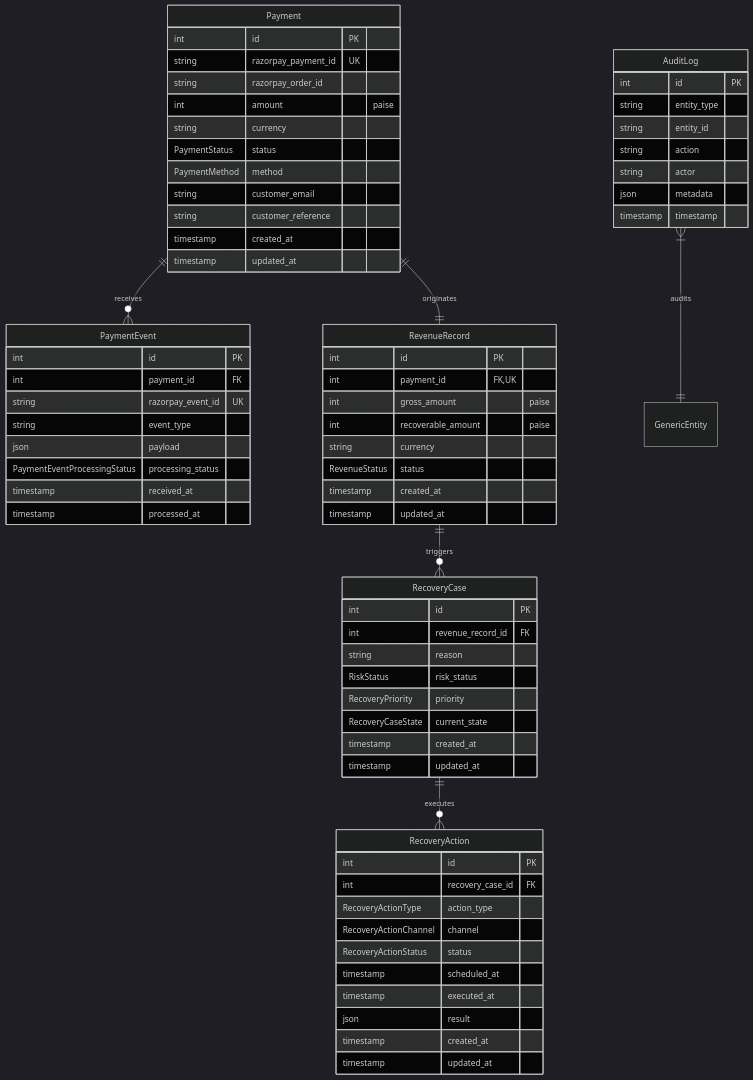
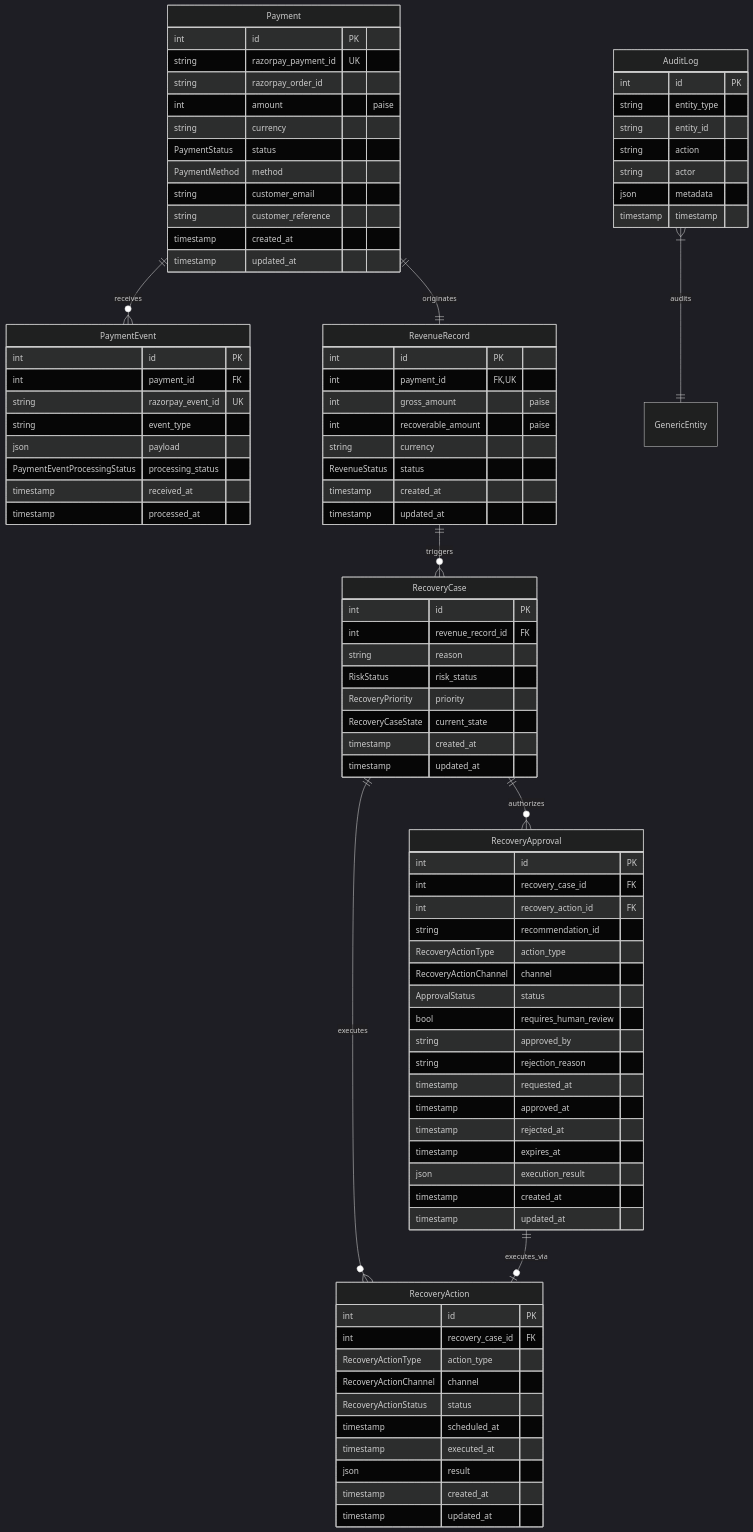
The third of 3 diagrams in docs/architecture.md (om-3531/recover-ai), drawn with Mermaid (dark theme) before and after one commit. The commit also changed other lines of this file and 21 other files, not shown here.

Commit message:
feat: implement Day 6 approval and execution workflow

```diff
--- a/docs/architecture.md
+++ b/docs/architecture.md
@@ -49,6 +53,8 @@
     Payment ||--|| RevenueRecord : "originates"
     RevenueRecord ||--o{ RecoveryCase : "triggers"
     RecoveryCase ||--o{ RecoveryAction : "executes"
+    RecoveryCase ||--o{ RecoveryApproval : "authorizes"
+    RecoveryApproval ||--o| RecoveryAction : "executes_via"
     AuditLog }|--|| GenericEntity : "audits"
 
     Payment {
@@ -111,6 +117,26 @@
         timestamp updated_at
     }
 
+    RecoveryApproval {
+        int id PK
+        int recovery_case_id FK
+        int recovery_action_id FK
+        string recommendation_id
+        RecoveryActionType action_type
+        RecoveryActionChannel channel
+        ApprovalStatus status
+        bool requires_human_review
+        string approved_by
+        string rejection_reason
+        timestamp requested_at
+        timestamp approved_at
+        timestamp rejected_at
+        timestamp expires_at
+        json execution_result
+        timestamp created_at
+        timestamp updated_at
+    }
+
     AuditLog {
         int id PK
         string entity_type
```
